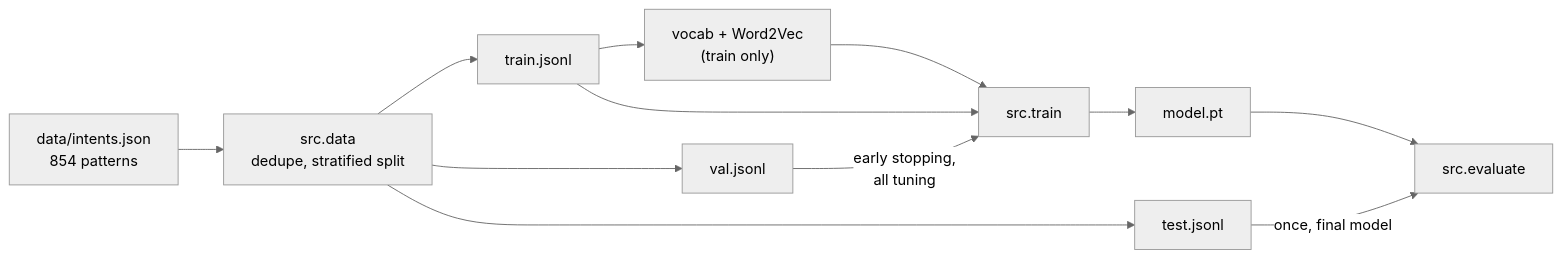
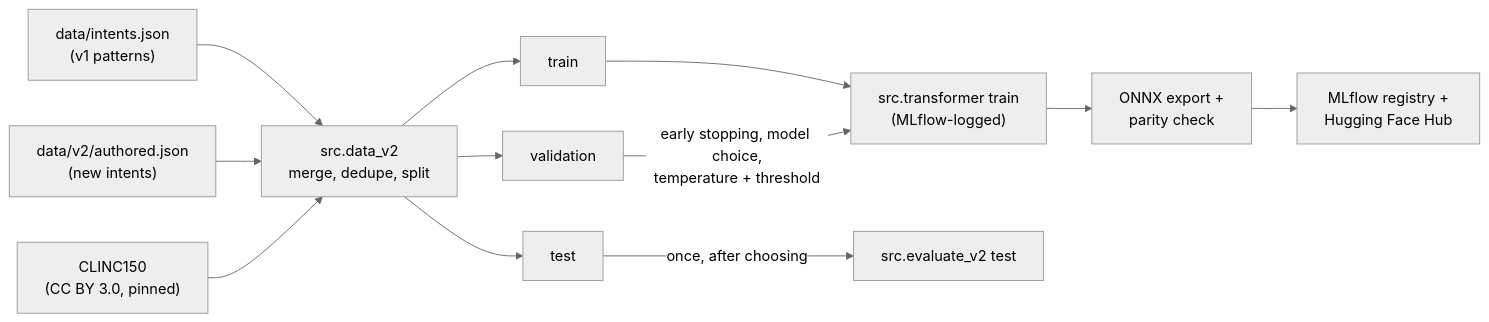
Before and after one commit to Jinam-Shah/Medical-Intent-Classifier: the second of 2 diagrams in README.md, drawn with Mermaid (neutral theme). The commit also changed other lines of this file and 2 other files, not shown here.

Commit message:
docs: v2 results, model comparison and design decisions

````diff
--- a/README.md
+++ b/README.md
@@ -60,14 +60,12 @@
 ```mermaid
 flowchart LR
-    S["data/intents.json<br/>854 patterns"] --> D["src.data<br/>dedupe, stratified split"]
-    D --> TR["train.jsonl"]
-    D --> VA["val.jsonl"]
-    D --> TE["test.jsonl"]
-    TR --> V["vocab + Word2Vec<br/>(train only)"]
-    V --> T["src.train"]
-    TR --> T
-    VA -- "early stopping,<br/>all tuning" --> T
-    T --> M["model.pt"]
-    M --> EV["src.evaluate"]
-    TE -- "once, final model" --> EV
+    V1["data/intents.json<br/>(v1 patterns)"] --> B["src.data_v2<br/>merge, dedupe, split"]
+    AU["data/v2/authored.json<br/>(new intents)"] --> B
+    CL["CLINC150<br/>(CC BY 3.0, pinned)"] --> B
+    B --> TR["train"] & VA["validation"] & TE["test"]
+    TR --> FT["src.transformer train<br/>(MLflow-logged)"]
+    VA -- "early stopping, model choice,<br/>temperature + threshold" --> FT
+    FT --> X["ONNX export +<br/>parity check"]
+    X --> R["MLflow registry +<br/>Hugging Face Hub"]
+    TE -- "once, after choosing" --> EV["src.evaluate_v2 test"]
 ```
````
